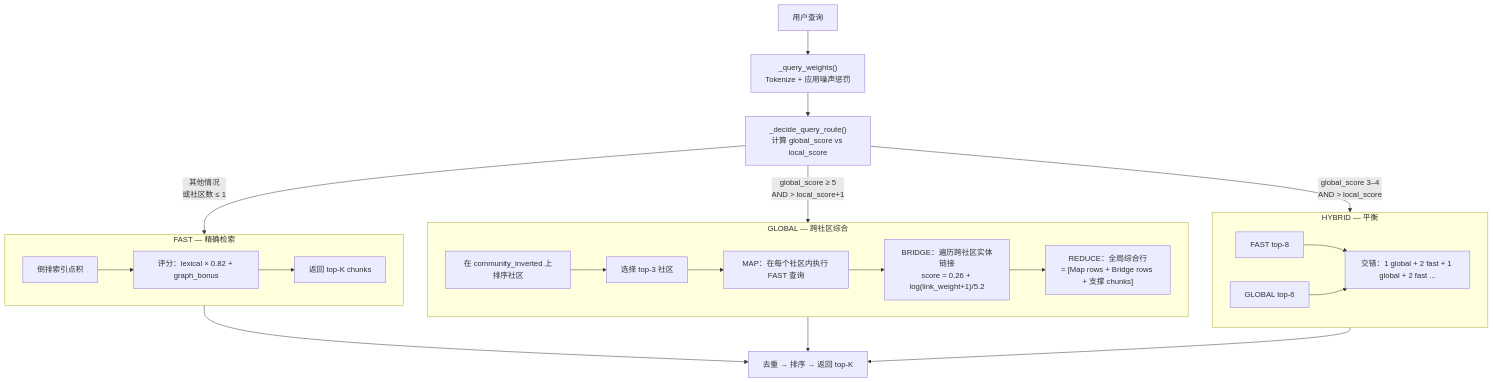
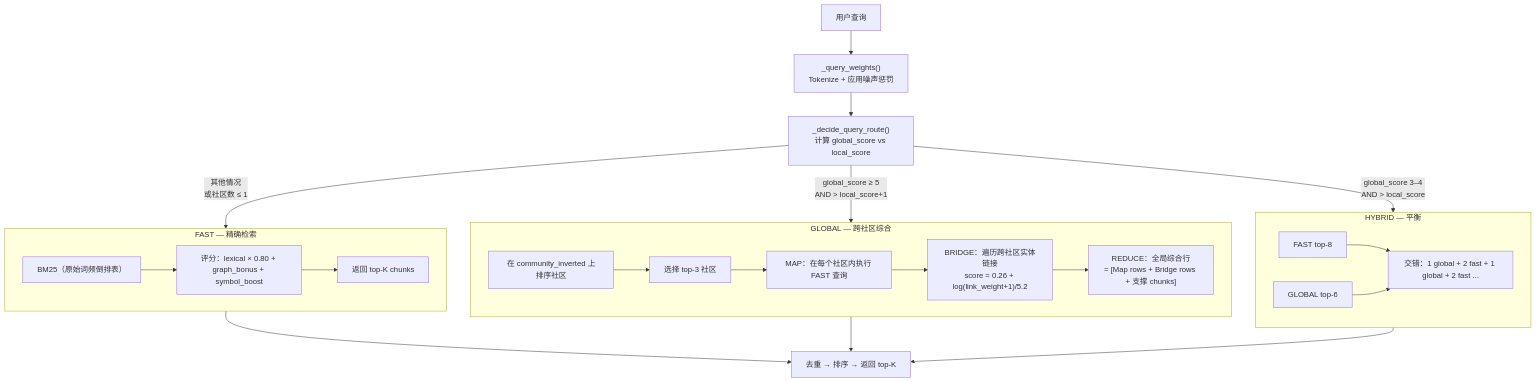
Diagram 16 of 19 in README-zh.md (FonaTech/Clouds-Coder), drawn with Mermaid before and after one commit. The commit also changed other lines of this file and 17 other files, not shown here.

````diff
--- a/README-zh.md
+++ b/README-zh.md
@@ -896,28 +908,28 @@
 ```mermaid
 flowchart TD
   Q["用户查询"] --> W["_query_weights()\nTokenize + 应用噪声惩罚"]
   W --> RD["_decide_query_route()\n计算 global_score vs local_score"]
 
   RD -->|"global_score ≥ 5\nAND > local_score+1"| G
   RD -->|"global_score 3–4\nAND > local_score"| H
   RD -->|"其他情况\n或社区数 ≤ 1"| F
 
   subgraph F["FAST — 精确检索"]
-    F1["倒排索引点积"] --> F2["评分：lexical × 0.82 + graph_bonus"]
+    F1["BM25（原始词频倒排表）"] --> F2["评分：lexical × 0.80 + graph_bonus + symbol_boost"]
     F2 --> F3["返回 top-K chunks"]
   end
 
   subgraph G["GLOBAL — 跨社区综合"]
     G1["在 community_inverted 上排序社区"] --> G2["选择 top-3 社区"]
     G2 --> G3["MAP：在每个社区内执行 FAST 查询"]
     G3 --> G4["BRIDGE：遍历跨社区实体链接\nscore = 0.26 + log(link_weight+1)/5.2"]
     G4 --> G5["REDUCE：全局综合行\n= [Map rows + Bridge rows + 支撑 chunks]"]
   end
 
   subgraph H["HYBRID — 平衡"]
     H1["FAST top-8"] & H2["GLOBAL top-6"]
     H1 & H2 --> H3["交错：1 global + 2 fast + 1 global + 2 fast ..."]
   end
 
   F & G & H --> OUT["去重 → 排序 → 返回 top-K"]
 ```
````
